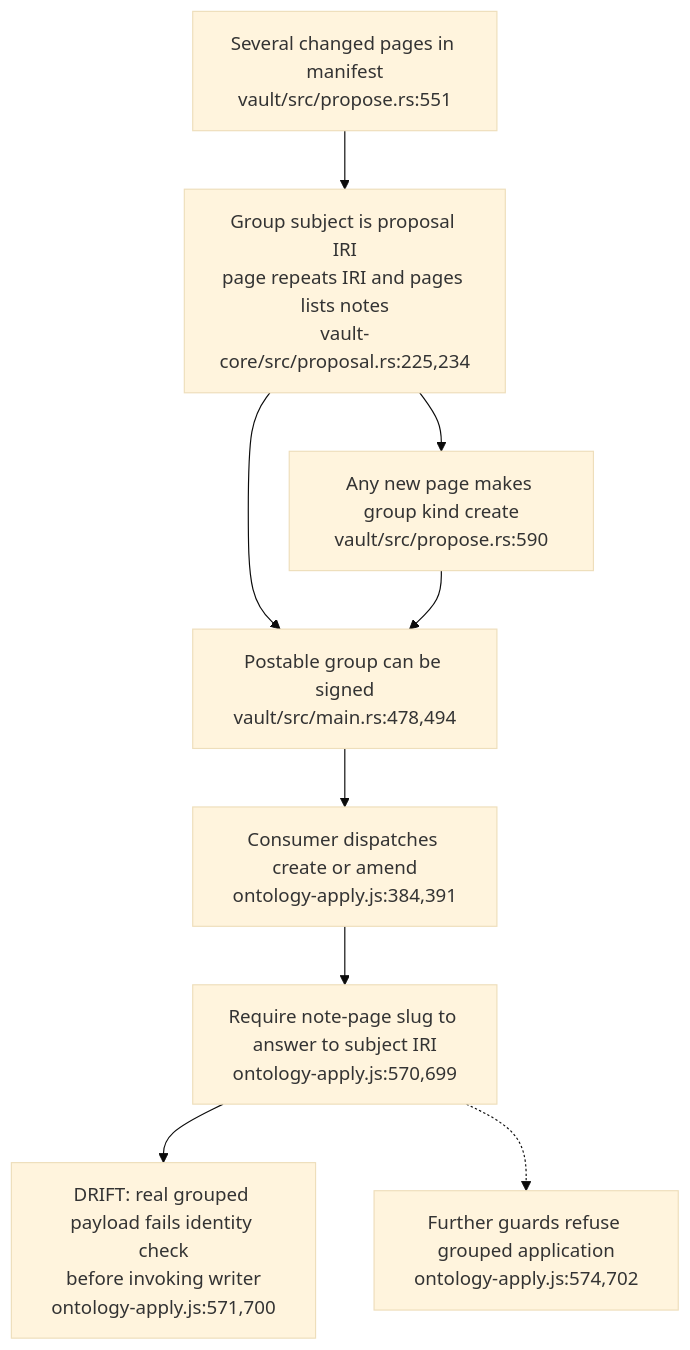
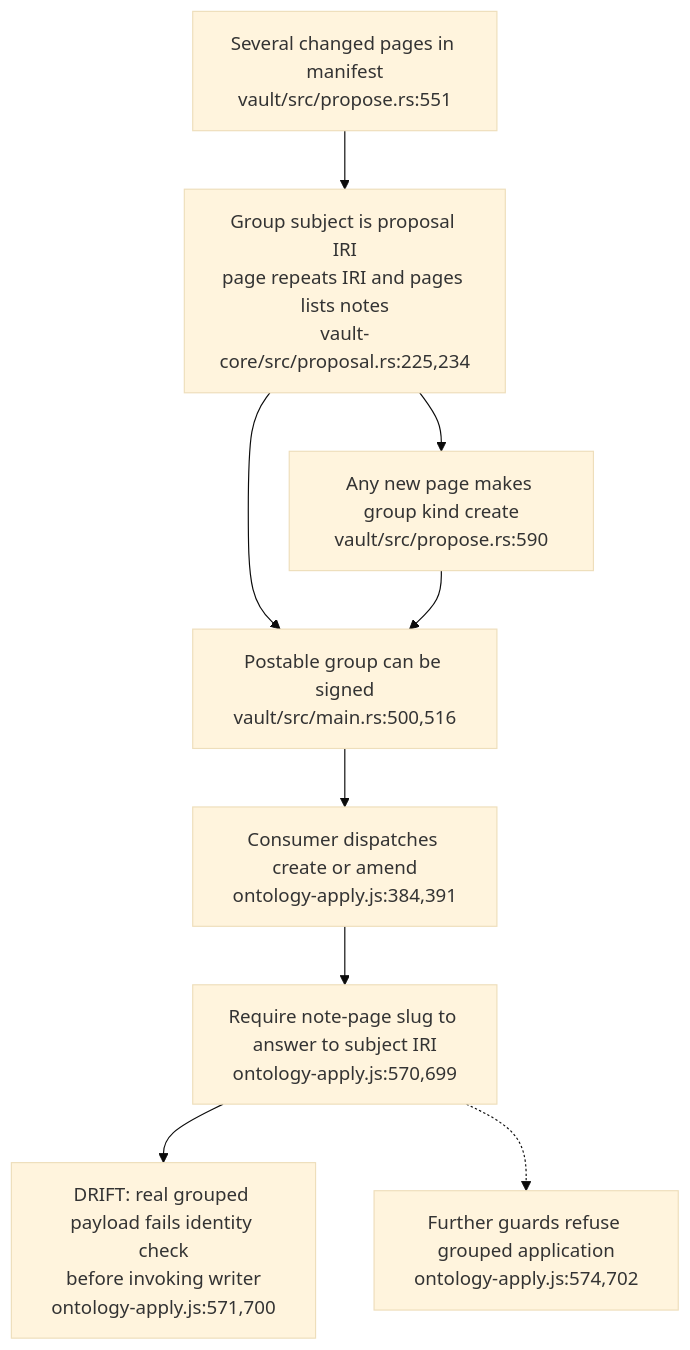
One commit to DreamLab-AI/VisionFlow changed the third of 4 diagrams in docs/diagrams/visionclaw/41-proposal-construction-and-consumer-scope.md. Above: the diagram before and after it, drawn with Mermaid (base theme). The commit also changed other lines of this file and 173 other files, not shown here.

````diff
--- a/docs/diagrams/visionclaw/41-proposal-construction-and-consumer-scope.md
+++ b/docs/diagrams/visionclaw/41-proposal-construction-and-consumer-scope.md
@@ -68,11 +68,11 @@
 ```mermaid
 flowchart TD
     M["Several changed pages in manifest<br/>vault/src/propose.rs:551"] --> G["Group subject is proposal IRI<br/>page repeats IRI and pages lists notes<br/>vault-core/src/proposal.rs:225,234"]
     G --> K["Any new page makes group kind create<br/>vault/src/propose.rs:590"]
-    G --> S["Postable group can be signed<br/>vault/src/main.rs:478,494"]
+    G --> S["Postable group can be signed<br/>vault/src/main.rs:500,516"]
     K --> S
     S --> A["Consumer dispatches create or amend<br/>ontology-apply.js:384,391"]
     A --> F["Require note-page slug to answer to subject IRI<br/>ontology-apply.js:570,699"]
     F --> X["DRIFT: real grouped payload fails identity check<br/>before invoking writer<br/>ontology-apply.js:571,700"]
     F -.-> N["Further guards refuse grouped application<br/>ontology-apply.js:574,702"]
 ```
````
